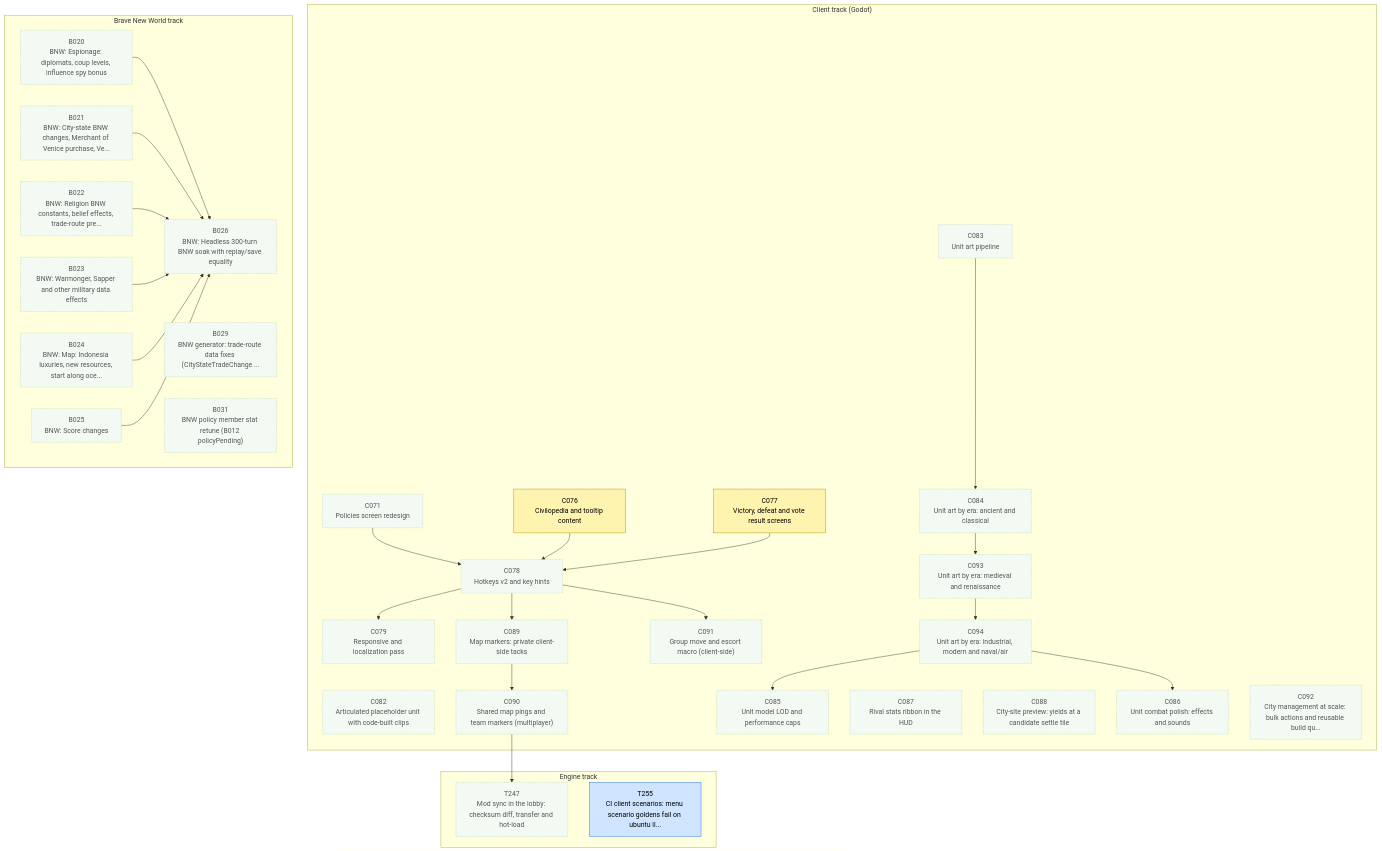
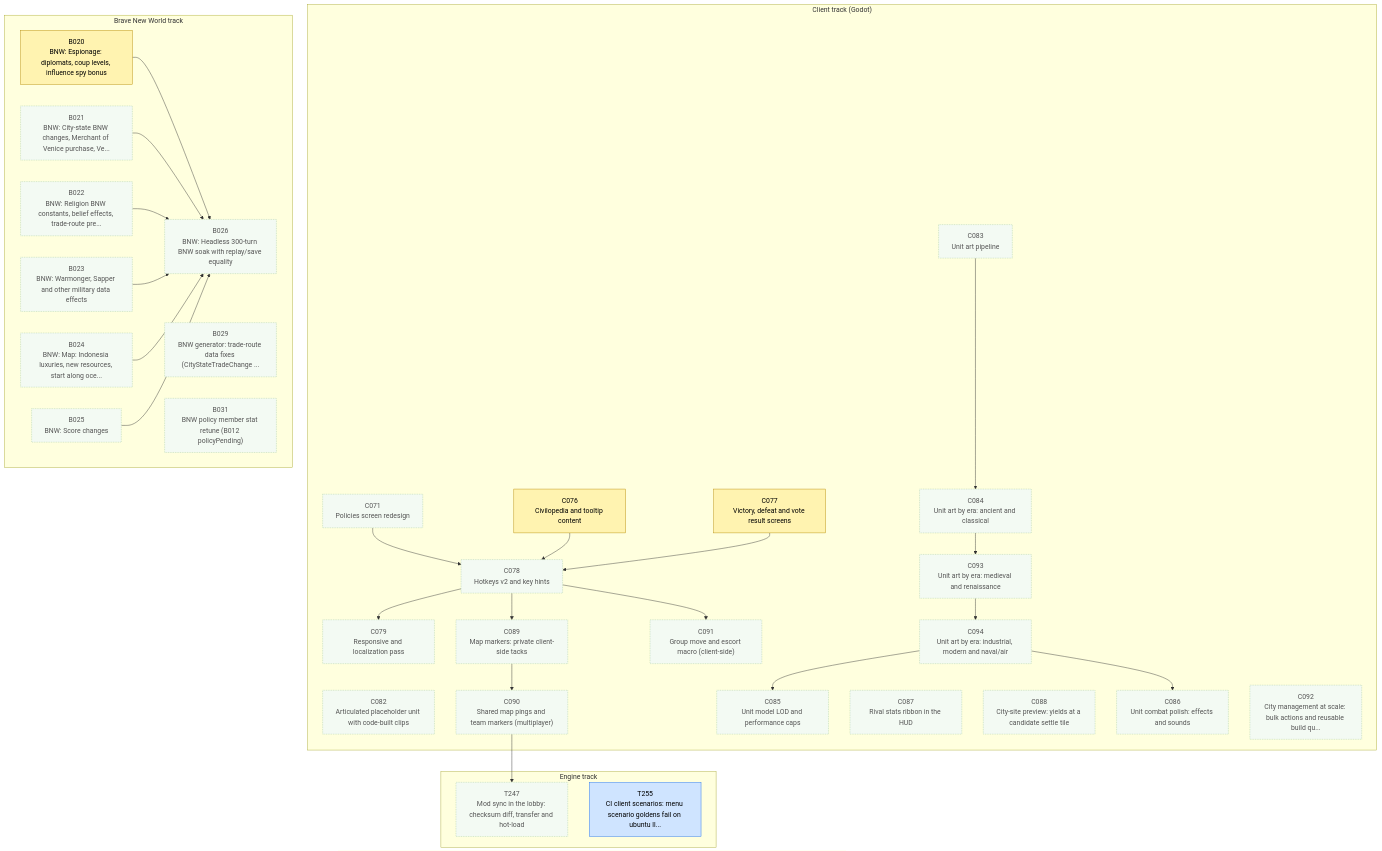
One commit to Kenmura/Unciv changed the first of 3 diagrams in csharp/migration/DEPENDENCY_MAP.md. Above: the diagram before and after it, drawn with Mermaid. The commit also changed other lines of this file and 1 other file, not shown here.

```diff
--- a/csharp/migration/DEPENDENCY_MAP.md
+++ b/csharp/migration/DEPENDENCY_MAP.md
@@ -85,7 +85,7 @@
   classDef review fill:#cfe4ff,stroke:#1f6feb,color:#000
   classDef blocked fill:#ffd6d6,stroke:#c62828,color:#000
   classDef done fill:#eeeeee,stroke:#999999,color:#666,stroke-dasharray:4 3
-  class B020 waiting
+  class B020 prog
   class B021 waiting
   class B022 waiting
   class B023 waiting
```
